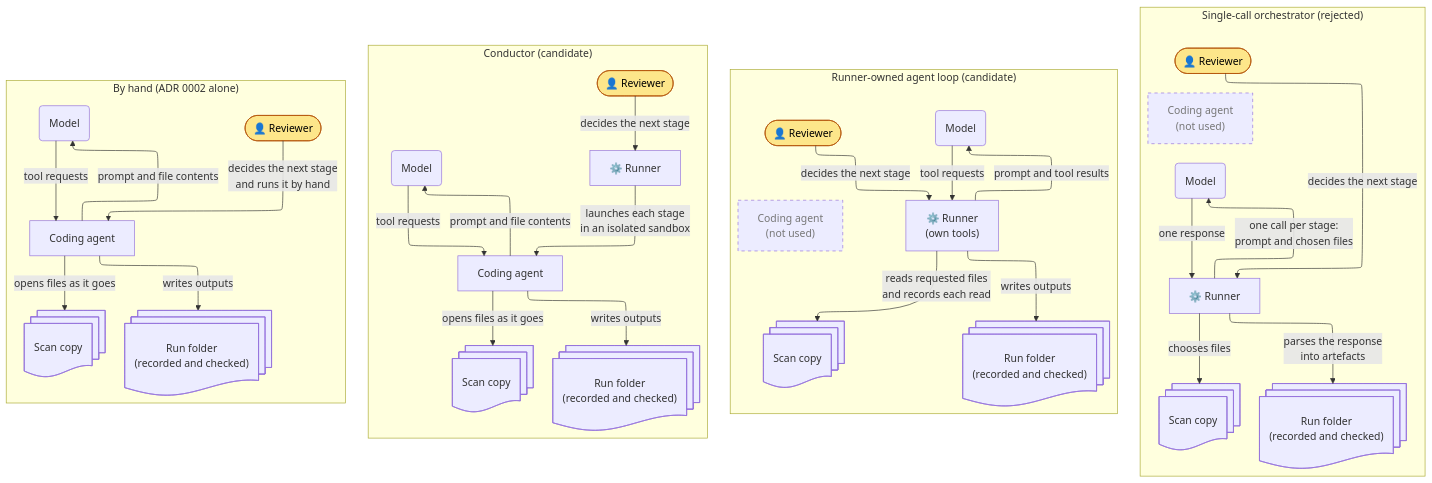
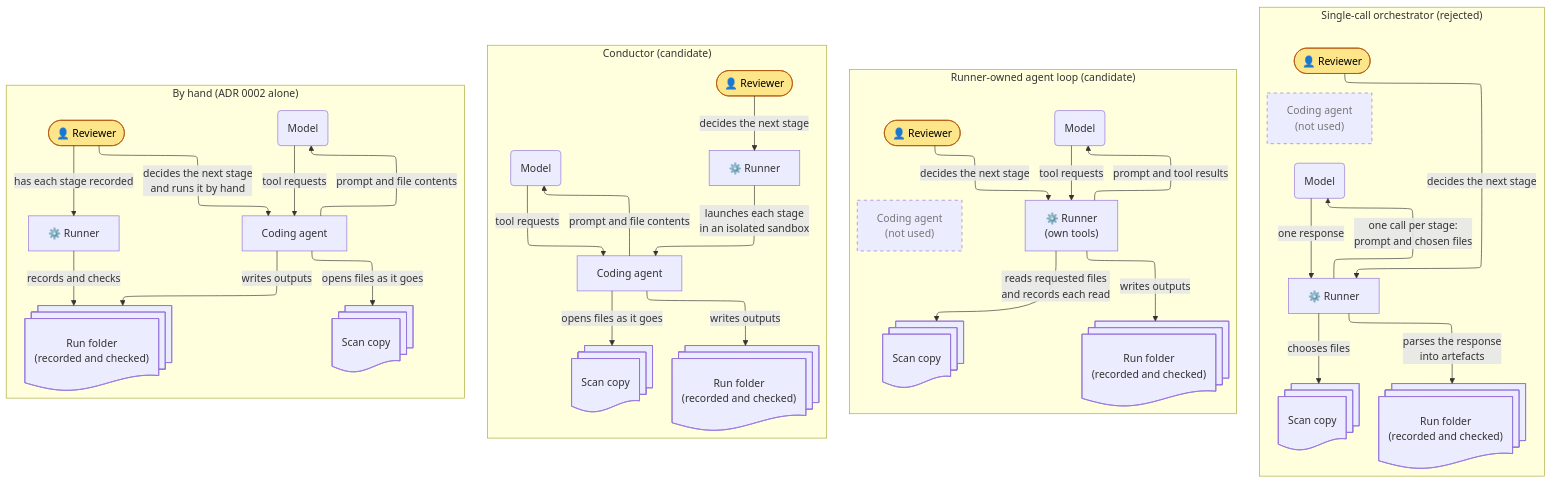
Before and after one commit to sumau/ai-sast-toolkit-runner: the diagram in docs/adr/0003-how-the-runner-runs-each-stage.md, drawn with Mermaid. The commit also changed other lines of this file, not shown here.

Commit message:
ADR 0003: show the runner recording stages run by hand

````diff
--- a/docs/adr/0003-how-the-runner-runs-each-stage.md
+++ b/docs/adr/0003-how-the-runner-runs-each-stage.md
@@ -49,68 +49,70 @@
 ```mermaid
 ---
 config:
   layout: elk
 ---
 flowchart LR
     subgraph man ["By hand (ADR 0002 alone)"]
         direction TB
         h_scan@{ shape: docs, label: "Scan copy" }
         h_out@{ shape: docs, label: "Run folder<br/>(recorded and checked)" }
         h_rev(["👤 Reviewer"]) -- "decides the next stage<br/>and runs it by hand" --> h_agent["Coding agent"]
         h_agent -- "opens files as it goes" --> h_scan
         h_agent -- "prompt and file contents" --> h_model("Model")
         h_model -- "tool requests" --> h_agent
         h_agent -- "writes outputs" --> h_out
+        h_rev -- "has each stage recorded" --> h_run["⚙️ Runner"]
+        h_run -- "records and checks" --> h_out
     end
 
     subgraph con ["Conductor (candidate)"]
         direction TB
         c_scan@{ shape: docs, label: "Scan copy" }
         c_out@{ shape: docs, label: "Run folder<br/>(recorded and checked)" }
         c_rev(["👤 Reviewer"]) -- "decides the next stage" --> c_run["⚙️ Runner"]
         c_run -- "launches each stage<br/>in an isolated sandbox" --> c_agent["Coding agent"]
         c_agent -- "opens files as it goes" --> c_scan
         c_agent -- "prompt and file contents" --> c_model("Model")
         c_model -- "tool requests" --> c_agent
         c_agent -- "writes outputs" --> c_out
     end
 
     subgraph own ["Runner-owned agent loop (candidate)"]
         direction TB
         l_rev(["👤 Reviewer"])
         l_scan@{ shape: docs, label: "Scan copy" }
         l_out@{ shape: docs, label: "Run folder<br/>(recorded and checked)" }
         l_rev -- "decides the next stage" --> l_run["⚙️ Runner<br/>(own tools)"]
         l_run -- "prompt and tool results" --> l_model("Model")
         l_model -- "tool requests" --> l_run
         l_run -- "reads requested files<br/>and records each read" --> l_scan
         l_run -- "writes outputs" --> l_out
 
         l_agent["Coding agent<br/>(not used)"]
         l_rev ~~~ l_agent
         l_agent ~~~ l_scan
     end
 
     subgraph orc ["Single-call orchestrator (rejected)"]
         direction TB
         o_rev(["👤 Reviewer"])
         o_scan@{ shape: docs, label: "Scan copy" }
         o_out@{ shape: docs, label: "Run folder<br/>(recorded and checked)" }
         o_rev -- "decides the next stage" --> o_run["⚙️ Runner"]
         o_run -- "chooses files" --> o_scan
         o_run -- "one call per stage:<br/>prompt and chosen files" --> o_model("Model")
         o_model -- "one response" --> o_run
         o_run -- "parses the response<br/>into artefacts" --> o_out
 
         o_agent["Coding agent<br/>(not used)"]
         o_rev ~~~ o_agent
         o_agent ~~~ o_model
     end
 
     man ~~~ con ~~~ own ~~~ orc
 
     classDef unused stroke-dasharray: 5 5, color:#777
     class l_agent,o_agent unused
     classDef reviewer fill:#fde68a, stroke:#b45309, color:#000
     class h_rev,c_rev,l_rev,o_rev reviewer
 ```
````
